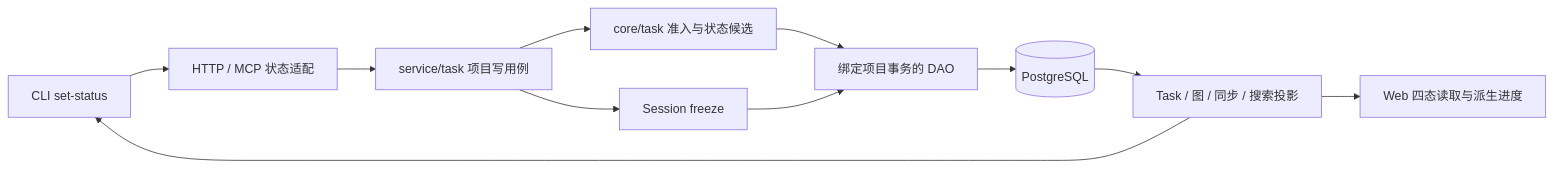
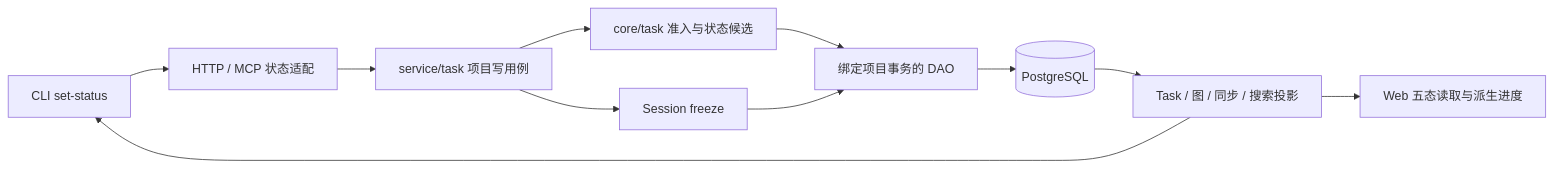
The diagram in docs/design/daynight-task-status.md (codetreker/daynight), drawn with Mermaid before and after one commit. The commit also changed other lines of this file and 189 other files, not shown here.

````diff
--- a/docs/design/daynight-task-status.md
+++ b/docs/design/daynight-task-status.md
@@ -11,13 +11,13 @@
 ```mermaid
 flowchart LR
   CLI[CLI set-status] --> API[HTTP / MCP 状态适配]
   API --> SVC[service/task 项目写用例]
   SVC --> CORE[core/task 准入与状态候选]
   SVC --> FREEZE[Session freeze]
   CORE --> DAO[绑定项目事务的 DAO]
   FREEZE --> DAO
   DAO --> DB[(PostgreSQL)]
   DB --> READ[Task / 图 / 同步 / 搜索投影]
-  READ --> WEB[Web 四态读取与派生进度]
+  READ --> WEB[Web 五态读取与派生进度]
   READ --> CLI
 ```
````
